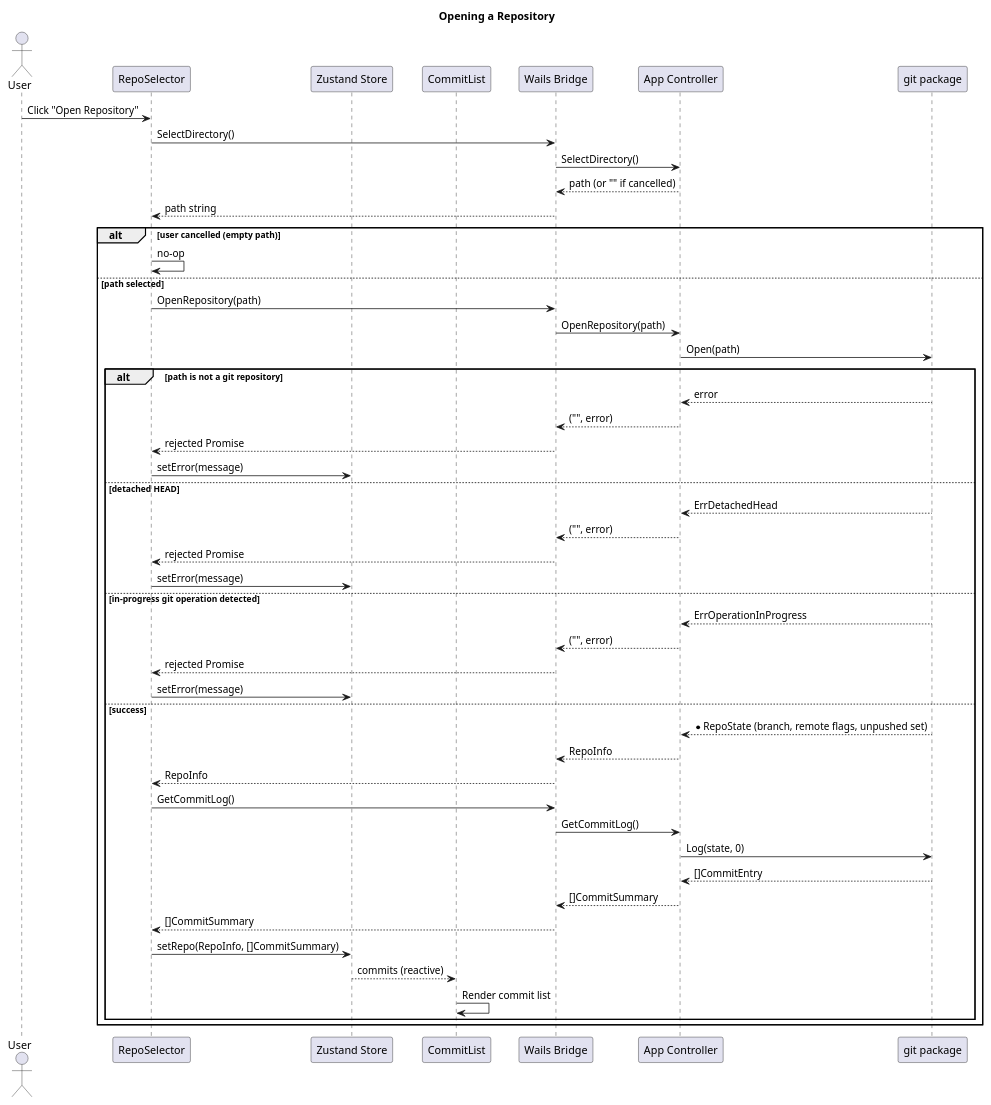
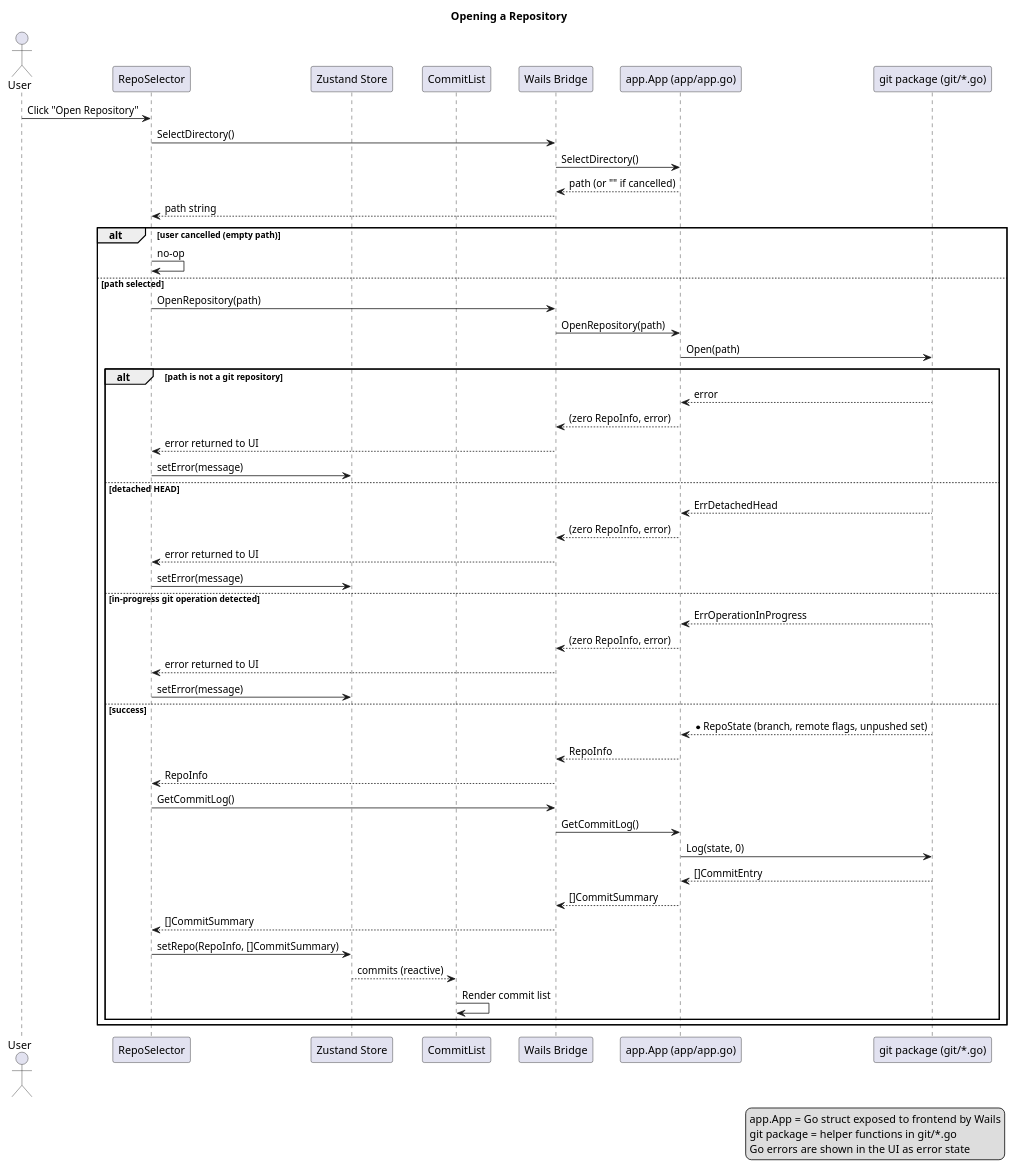
One commit to DunderGG/gitgo changed the diagram in docs/diagrams/sequence-open-repo.puml. Above: the diagram before and after it, drawn with PlantUML. The commit also changed 3 other files, not shown here.

```diff
--- a/docs/diagrams/sequence-open-repo.puml
+++ b/docs/diagrams/sequence-open-repo.puml
@@ -1,58 +1,64 @@
 @startuml sequence-open-repo
 title Opening a Repository
 
-actor User as U
+actor User as user 
 participant "RepoSelector" as RS
 participant "Zustand Store" as ZS
 participant "CommitList" as CL
-participant "Wails Bridge" as W
-participant "App Controller" as AC
-participant "git package" as GS
+participant "Wails Bridge" as wails
+participant "app.App (app/app.go)" as app 
+participant "git package (git/*.go)" as git 
 
-U -> RS : Click "Open Repository"
-RS -> W : SelectDirectory()
-W -> AC : SelectDirectory()
-AC --> W : path (or "" if cancelled)
-W --> RS : path string
+legend right
+    app.App = Go struct exposed to frontend by Wails
+    git package = helper functions in git/*.go
+    Go errors are shown in the UI as error state
+endlegend
+
+user -> RS : Click "Open Repository"
+RS -> wails : SelectDirectory()
+wails -> app : SelectDirectory()
+app --> wails : path (or "" if cancelled)
+wails --> RS : path string
 
 alt user cancelled (empty path)
     RS -> RS : no-op
 else path selected
-    RS -> W : OpenRepository(path)
-    W -> AC : OpenRepository(path)
-    AC -> GS : Open(path)
+    RS -> wails : OpenRepository(path)
+    wails -> app : OpenRepository(path)
+    app -> git : Open(path)
 
     alt path is not a git repository
-        GS --> AC : error
-        AC --> W : ("", error)
-        W --> RS : rejected Promise
+        git --> app : error
+        app --> wails : (zero RepoInfo, error)
+        wails --> RS : error returned to UI
         RS -> ZS : setError(message)
     else detached HEAD
-        GS --> AC : ErrDetachedHead
-        AC --> W : ("", error)
-        W --> RS : rejected Promise
+        git --> app : ErrDetachedHead
+        app --> wails : (zero RepoInfo, error)
+        wails --> RS : error returned to UI
         RS -> ZS : setError(message)
     else in-progress git operation detected
-        GS --> AC : ErrOperationInProgress
-        AC --> W : ("", error)
-        W --> RS : rejected Promise
+        git --> app : ErrOperationInProgress
+        app --> wails : (zero RepoInfo, error)
+        wails --> RS : error returned to UI
         RS -> ZS : setError(message)
     else success
-        GS --> AC : *RepoState (branch, remote flags, unpushed set)
-        AC --> W : RepoInfo
-        W --> RS : RepoInfo
+        git --> app : *RepoState (branch, remote flags, unpushed set)
+        app --> wails : RepoInfo
+        wails --> RS : RepoInfo
 
-        RS -> W : GetCommitLog()
-        W -> AC : GetCommitLog()
-        AC -> GS : Log(state, 0)
-        GS --> AC : []CommitEntry
-        AC --> W : []CommitSummary
-        W --> RS : []CommitSummary
+        RS -> wails : GetCommitLog()
+        wails -> app : GetCommitLog()
+        app -> git : Log(state, 0)
+        git --> app : []CommitEntry
+        app --> wails : []CommitSummary
+        wails --> RS : []CommitSummary
 
         RS -> ZS : setRepo(RepoInfo, []CommitSummary)
         ZS --> CL : commits (reactive)
         CL -> CL : Render commit list
     end
 end
 
 @enduml
```
